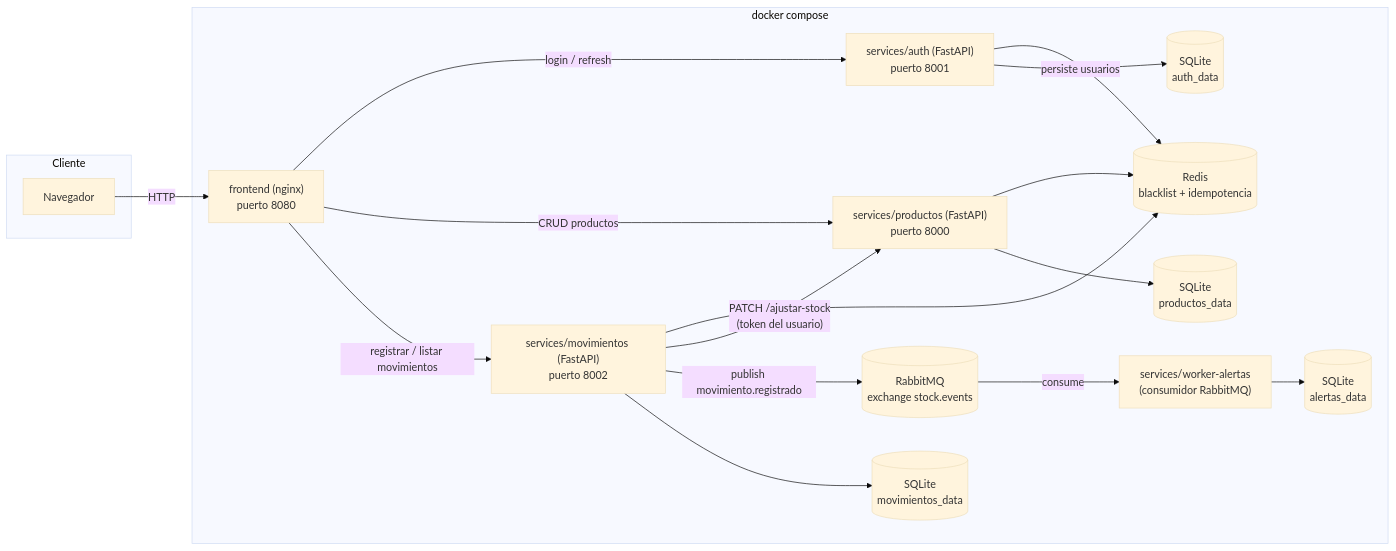
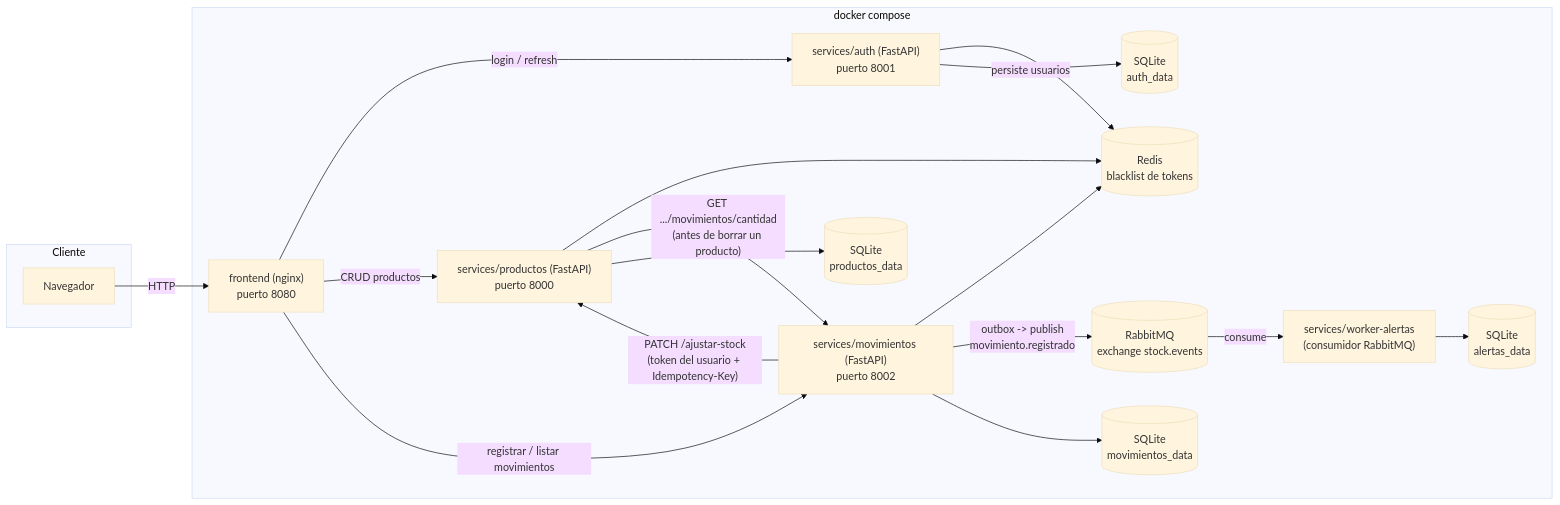
One commit to sebasado77062/Gestor_de_stock_jugueteria changed the first of 6 diagrams in docs/ARQUITECTURA.md. Above: the diagram before and after it, drawn with Mermaid (base theme). The commit also changed other lines of this file and 7 other files, not shown here.

````diff
--- a/docs/ARQUITECTURA.md
+++ b/docs/ARQUITECTURA.md
@@ -5,38 +5,39 @@
 ```mermaid
 flowchart LR
     subgraph Cliente
         Browser["Navegador"]
     end
 
     subgraph Docker["docker compose"]
         FE["frontend (nginx)<br/>puerto 8080"]
         AUTH["services/auth (FastAPI)<br/>puerto 8001"]
         PROD["services/productos (FastAPI)<br/>puerto 8000"]
         MOV["services/movimientos (FastAPI)<br/>puerto 8002"]
         WORKER["services/worker-alertas<br/>(consumidor RabbitMQ)"]
-        REDIS[("Redis<br/>blacklist + idempotencia")]
+        REDIS[("Redis<br/>blacklist de tokens")]
         RABBIT[("RabbitMQ<br/>exchange stock.events")]
         DB_AUTH[("SQLite<br/>auth_data")]
         DB_PROD[("SQLite<br/>productos_data")]
         DB_MOV[("SQLite<br/>movimientos_data")]
         DB_ALERTAS[("SQLite<br/>alertas_data")]
     end
 
     Browser -->|HTTP| FE
     FE -->|"login / refresh"| AUTH
     FE -->|"CRUD productos"| PROD
     FE -->|"registrar / listar movimientos"| MOV
 
     AUTH --> REDIS
     PROD --> REDIS
     MOV --> REDIS
 
-    MOV -->|"PATCH /ajustar-stock<br/>(token del usuario)"| PROD
-    MOV -->|"publish movimiento.registrado"| RABBIT
+    MOV -->|"PATCH /ajustar-stock<br/>(token del usuario + Idempotency-Key)"| PROD
+    PROD -->|"GET .../movimientos/cantidad<br/>(antes de borrar un producto)"| MOV
+    MOV -->|"outbox -> publish<br/>movimiento.registrado"| RABBIT
     RABBIT -->|"consume"| WORKER
 
     AUTH -->|"persiste usuarios"| DB_AUTH
     PROD --> DB_PROD
     MOV --> DB_MOV
     WORKER --> DB_ALERTAS
 ```
````
